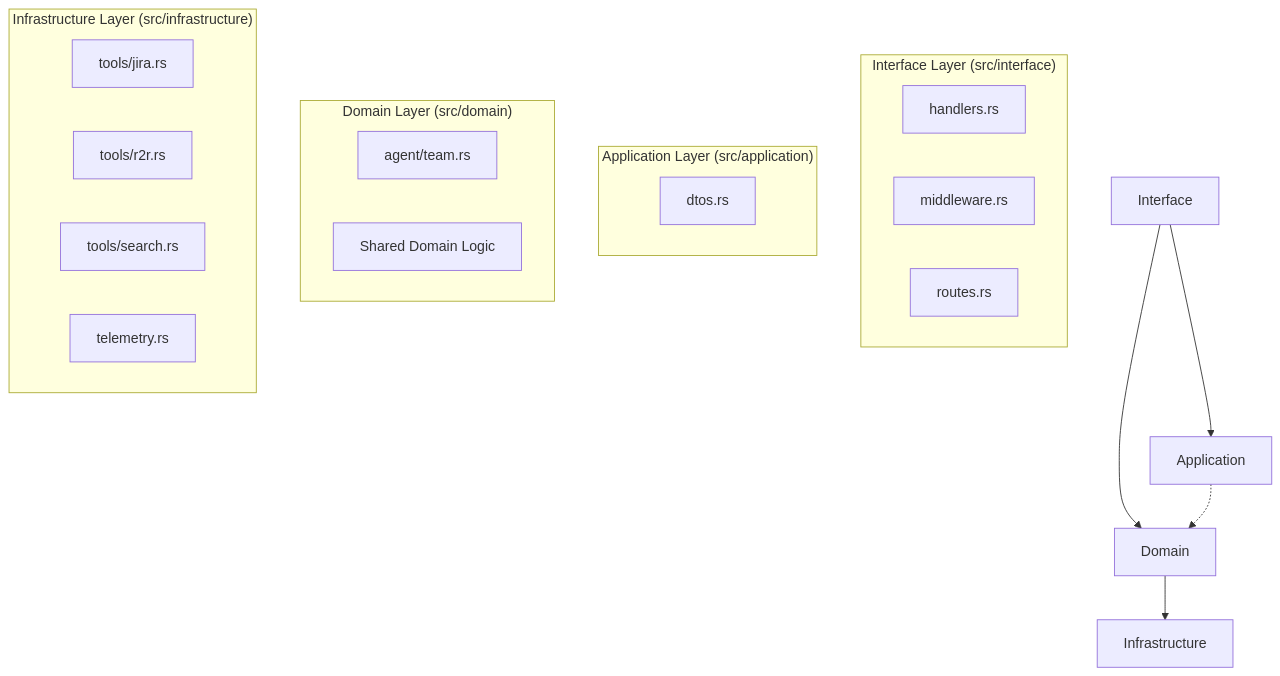
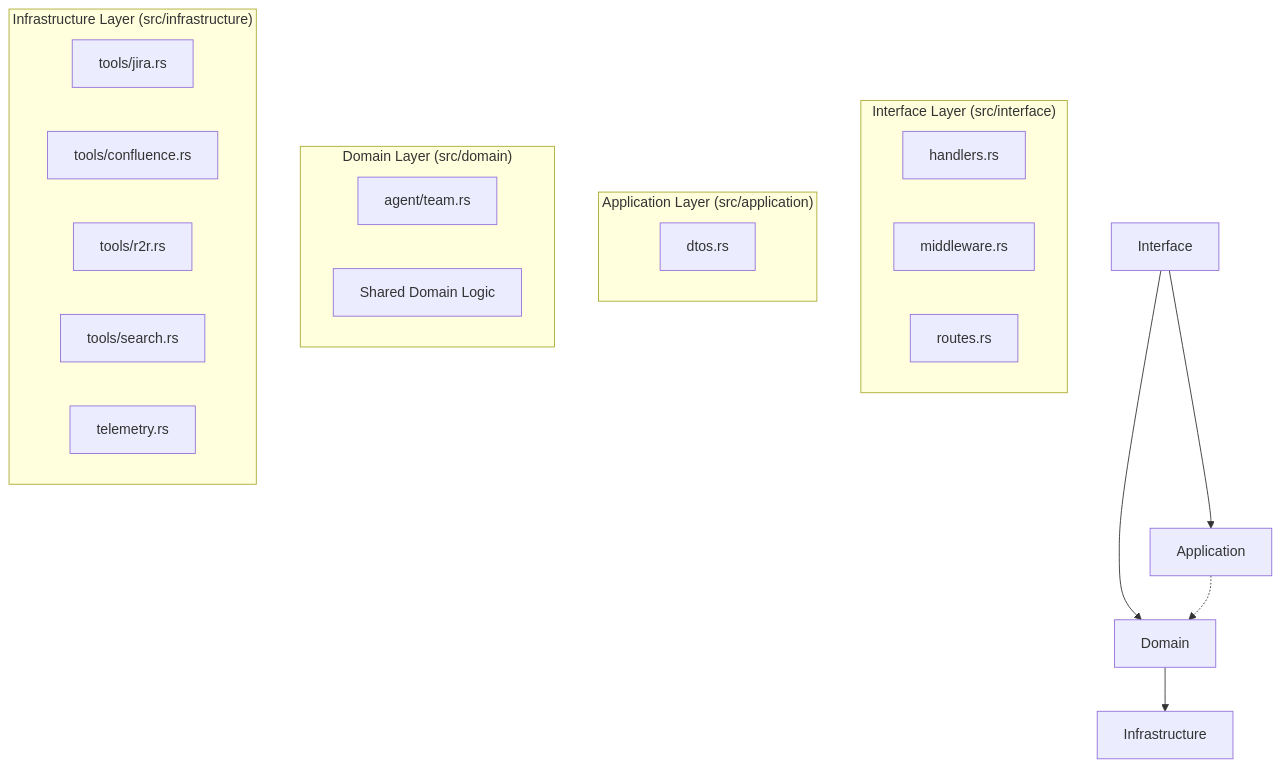
Before and after one commit to lgcorzo/fastapi-autogen-team: the diagram in wiki/architecture_modules.md, drawn with Mermaid. The commit also changed other lines of this file and 3 other files, not shown here.

````diff
--- a/wiki/architecture_modules.md
+++ b/wiki/architecture_modules.md
@@ -7,29 +7,30 @@
 ```mermaid
 graph TD
     subgraph "Interface Layer (src/interface)"
         Handlers[handlers.rs]
         Middleware[middleware.rs]
         Routes[routes.rs]
     end
 
     subgraph "Application Layer (src/application)"
         DTOs[dtos.rs]
     end
 
     subgraph "Domain Layer (src/domain)"
         Team[agent/team.rs]
         DomainModels[Shared Domain Logic]
     end
 
     subgraph "Infrastructure Layer (src/infrastructure)"
         Jira[tools/jira.rs]
+        Confluence[tools/confluence.rs]
         R2R[tools/r2r.rs]
         Search[tools/search.rs]
         Telemetry[telemetry.rs]
     end
 
     Interface --> Domain
     Interface --> Application
     Application -.-> Domain
     Domain --> Infrastructure
 ```
````
